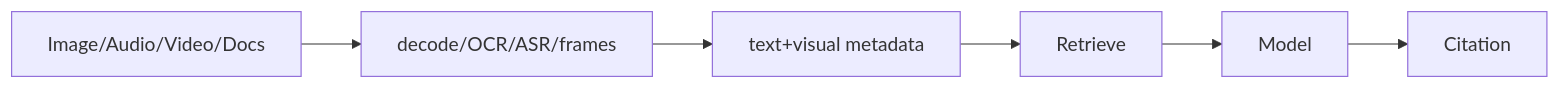
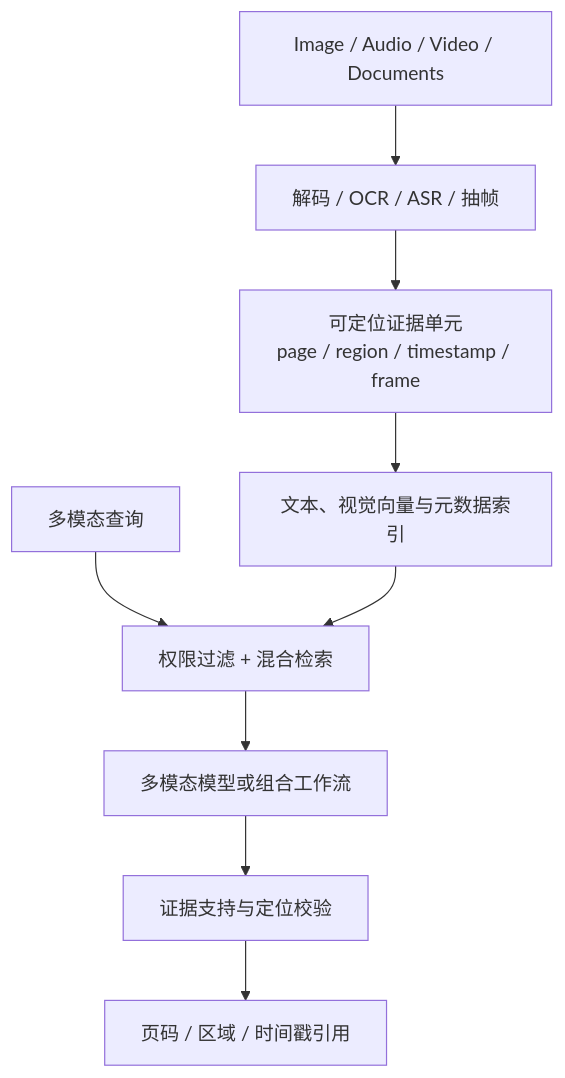
Before and after one commit to wujinjun/ai-agent-book: the first of 5 diagrams in docs/part-07-advanced/ch35-multimodal.md, drawn with Mermaid. The commit also changed other lines of this file and 536 other files, not shown here.

````diff
--- a/docs/part-07-advanced/ch35-multimodal.md
+++ b/docs/part-07-advanced/ch35-multimodal.md
@@ -18,7 +26,14 @@
 ```mermaid
 %% id: multimodal-rag-main-pipeline
 %% title: 多模态 RAG 主链路
 %% alt: 图像音频视频文档经解码 OCR ASR 抽帧形成文本视觉元数据后检索生成并定位引用
-flowchart LR
-    Media["Image/Audio/Video/Docs"] --> Parse["decode/OCR/ASR/frames"] --> Index["text+visual metadata"] --> Retrieve --> Model --> Citation
+flowchart TB
+    Media["Image / Audio / Video / Documents"] --> Parse["解码 / OCR / ASR / 抽帧"]
+    Parse --> Units["可定位证据单元<br/>page / region / timestamp / frame"]
+    Units --> Index["文本、视觉向量与元数据索引"]
+    Query["多模态查询"] --> Retrieve["权限过滤 + 混合检索"]
+    Index --> Retrieve
+    Retrieve --> Model["多模态模型或组合工作流"]
+    Model --> Validate["证据支持与定位校验"]
+    Validate --> Citation["页码 / 区域 / 时间戳引用"]
 ```
````
